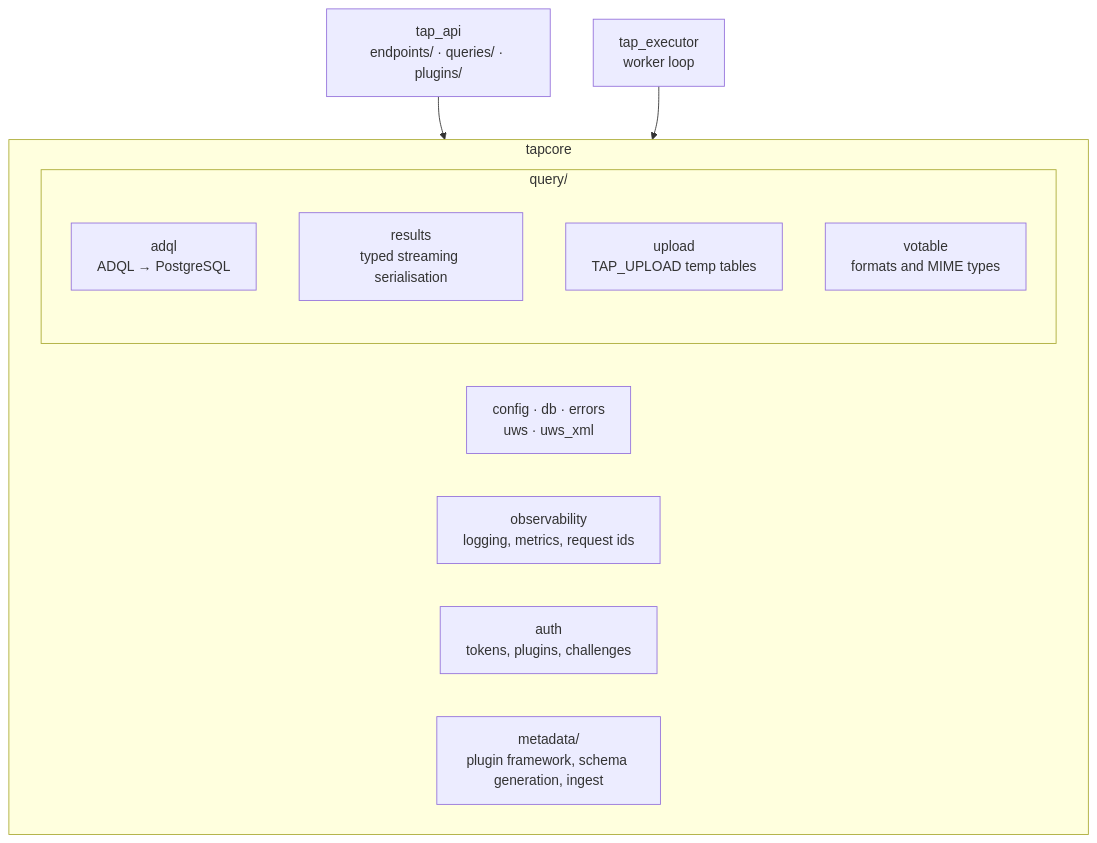
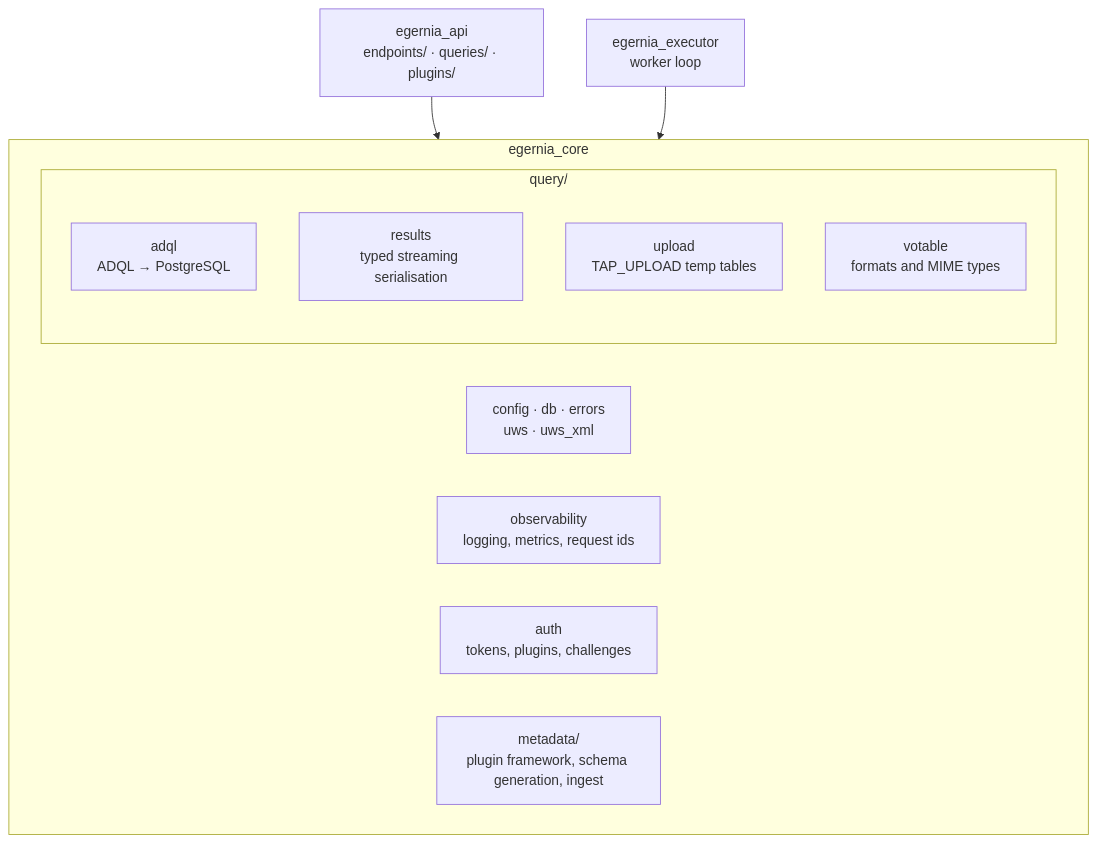
The third of 10 diagrams in docs/architecture.md (MicheleDelliVeneri/skao-tap), drawn with Mermaid before and after one commit. The commit also changed other lines of this file and 240 other files, not shown here.

````diff
--- a/docs/architecture.md
+++ b/docs/architecture.md
@@ -85,18 +85,18 @@
 ```mermaid
 graph TB
-    subgraph core["tapcore"]
+    subgraph core["egernia_core"]
         cfg["config · db · errors<br/>uws · uws_xml"]
         obs["observability<br/>logging, metrics, request ids"]
         auth["auth<br/>tokens, plugins, challenges"]
         subgraph q["query/"]
             adql["adql<br/>ADQL → PostgreSQL"]
             res["results<br/>typed streaming serialisation"]
             up["upload<br/>TAP_UPLOAD temp tables"]
             vot["votable<br/>formats and MIME types"]
         end
         meta["metadata/<br/>plugin framework, schema generation, ingest"]
     end
 
-    api["tap_api<br/>endpoints/ · queries/ · plugins/"] --> core
-    ex["tap_executor<br/>worker loop"] --> core
+    api["egernia_api<br/>endpoints/ · queries/ · plugins/"] --> core
+    ex["egernia_executor<br/>worker loop"] --> core
 ```
````
